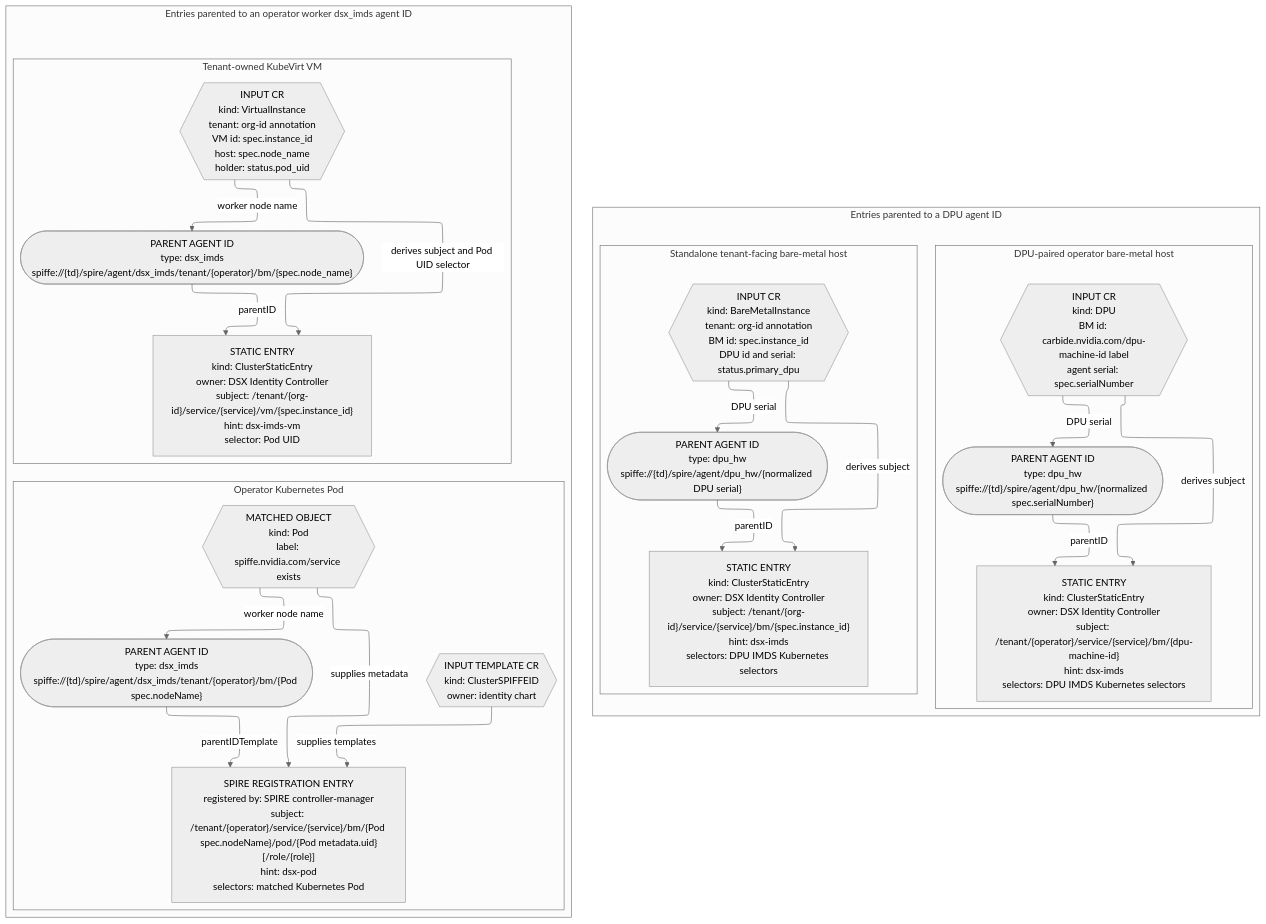
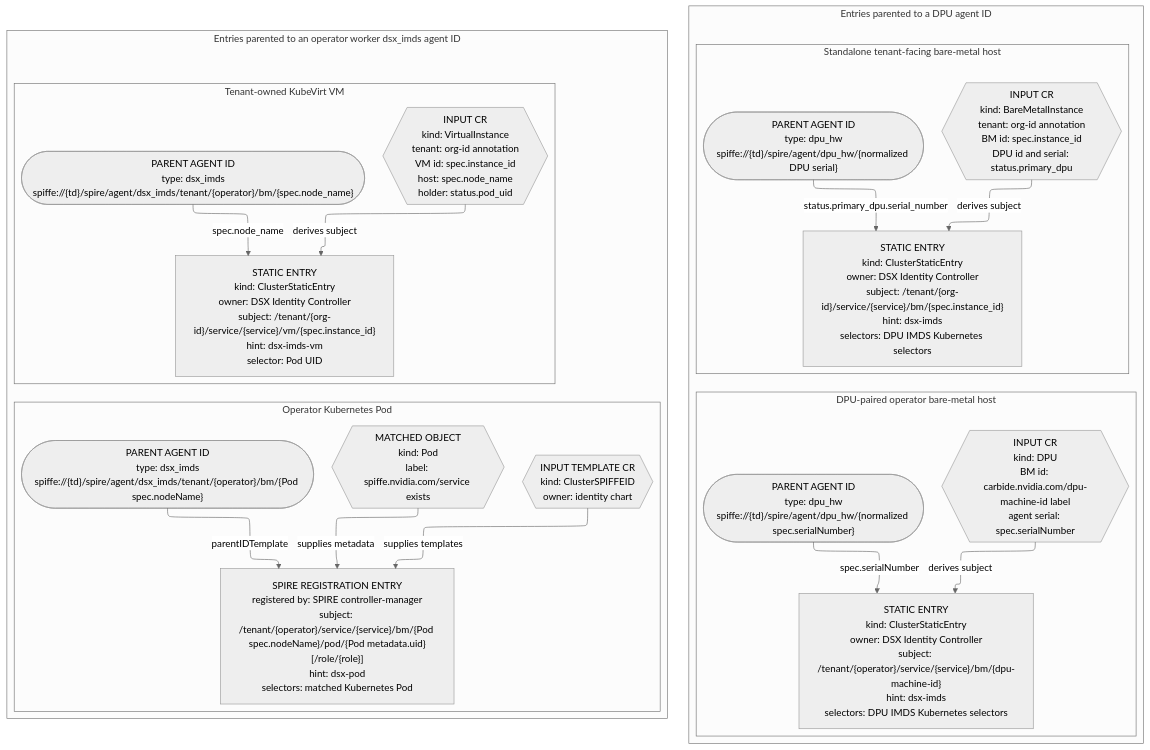
One commit to dsx-ai-factory/nvidia-workload-identity changed the third of 4 diagrams in README.md. Above: the diagram before and after it, drawn with Mermaid (neutral theme). The commit also changed other lines of this file, not shown here.

````diff
--- a/README.md
+++ b/README.md
@@ -340,54 +254,50 @@
 ```mermaid
 %%{init: {"flowchart": {"defaultRenderer": "elk"}, "elk": {"nodePlacementStrategy": "SIMPLE"}}}%%
 flowchart TB
 
   subgraph DPUParented["Entries parented to a DPU agent ID"]
     direction LR
 
     subgraph DPULane["DPU-paired operator bare-metal host"]
       direction TB
       DPUCR{{"INPUT CR<br/>kind: DPU<br/>BM id: carbide.nvidia.com/dpu-machine-id label<br/>agent serial: spec.serialNumber"}}
       DPUParent(["PARENT AGENT ID<br/>type: dpu_hw<br/>spiffe://{td}/spire/agent/dpu_hw/{normalized spec.serialNumber}"])
       DPUEntry["STATIC ENTRY<br/>kind: ClusterStaticEntry<br/>owner: DSX Identity Controller<br/>subject: /tenant/{operator}/service/{service}/bm/{dpu-machine-id}<br/>hint: dsx-imds<br/>selectors: DPU IMDS Kubernetes selectors"]
       DPUCR -->|"derives subject"| DPUEntry
-      DPUCR -->|"DPU serial"| DPUParent
-      DPUParent -->|"parentID"| DPUEntry
+      DPUParent -->|"spec.serialNumber"| DPUEntry
     end
 
     subgraph HostLane["Standalone tenant-facing bare-metal host"]
       direction TB
       HostSource{{"INPUT CR<br/>kind: BareMetalInstance<br/>tenant: org-id annotation<br/>BM id: spec.instance_id<br/>DPU id and serial: status.primary_dpu"}}
       HostParent(["PARENT AGENT ID<br/>type: dpu_hw<br/>spiffe://{td}/spire/agent/dpu_hw/{normalized DPU serial}"])
       HostEntry["STATIC ENTRY<br/>kind: ClusterStaticEntry<br/>owner: DSX Identity Controller<br/>subject: /tenant/{org-id}/service/{service}/bm/{spec.instance_id}<br/>hint: dsx-imds<br/>selectors: DPU IMDS Kubernetes selectors"]
       HostSource -->|"derives subject"| HostEntry
-      HostSource -->|"DPU serial"| HostParent
-      HostParent -->|"parentID"| HostEntry
+      HostParent -->|"status.primary_dpu.serial_number"| HostEntry
     end
   end
 
   subgraph HostParented["Entries parented to an operator worker dsx_imds agent ID"]
     direction LR
 
     subgraph PodLane["Operator Kubernetes Pod"]
       direction TB
       PodTemplate{{"INPUT TEMPLATE CR<br/>kind: ClusterSPIFFEID<br/>owner: identity chart"}}
       PodObject{{"MATCHED OBJECT<br/>kind: Pod<br/>label: spiffe.nvidia.com/service exists"}}
       PodParent(["PARENT AGENT ID<br/>type: dsx_imds<br/>spiffe://{td}/spire/agent/dsx_imds/tenant/{operator}/bm/{Pod spec.nodeName}"])
       PodEntry["SPIRE REGISTRATION ENTRY<br/>registered by: SPIRE controller-manager<br/>subject: /tenant/{operator}/service/{service}/bm/{Pod spec.nodeName}/pod/{Pod metadata.uid}[/role/{role}]<br/>hint: dsx-pod<br/>selectors: matched Kubernetes Pod"]
       PodTemplate -->|"supplies templates"| PodEntry
       PodObject -->|"supplies metadata"| PodEntry
-      PodObject -->|"worker node name"| PodParent
       PodParent -->|"parentIDTemplate"| PodEntry
     end
 
     subgraph VMLane["Tenant-owned KubeVirt VM"]
       direction TB
       VMSource{{"INPUT CR<br/>kind: VirtualInstance<br/>tenant: org-id annotation<br/>VM id: spec.instance_id<br/>host: spec.node_name<br/>holder: status.pod_uid"}}
       VMParent(["PARENT AGENT ID<br/>type: dsx_imds<br/>spiffe://{td}/spire/agent/dsx_imds/tenant/{operator}/bm/{spec.node_name}"])
       VMEntry["STATIC ENTRY<br/>kind: ClusterStaticEntry<br/>owner: DSX Identity Controller<br/>subject: /tenant/{org-id}/service/{service}/vm/{spec.instance_id}<br/>hint: dsx-imds-vm<br/>selector: Pod UID"]
-      VMSource -->|"derives subject and Pod UID selector"| VMEntry
-      VMSource -->|"worker node name"| VMParent
-      VMParent -->|"parentID"| VMEntry
+      VMSource -->|"derives subject"| VMEntry
+      VMParent -->|"spec.node_name"| VMEntry
     end
   end
 ```
````
